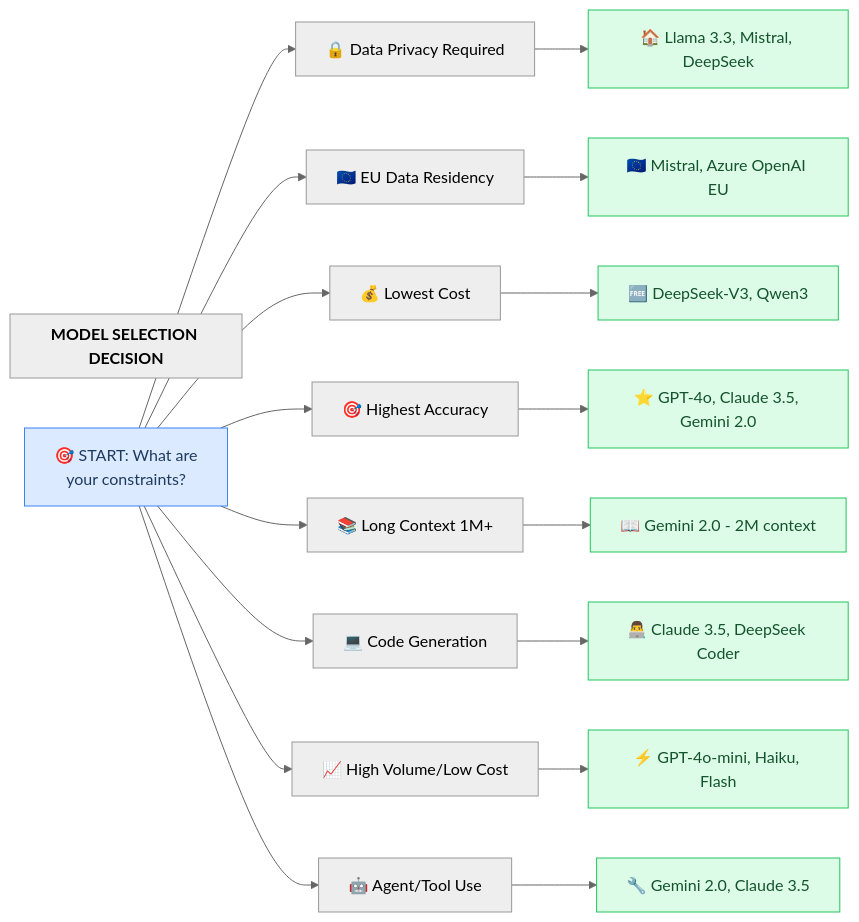
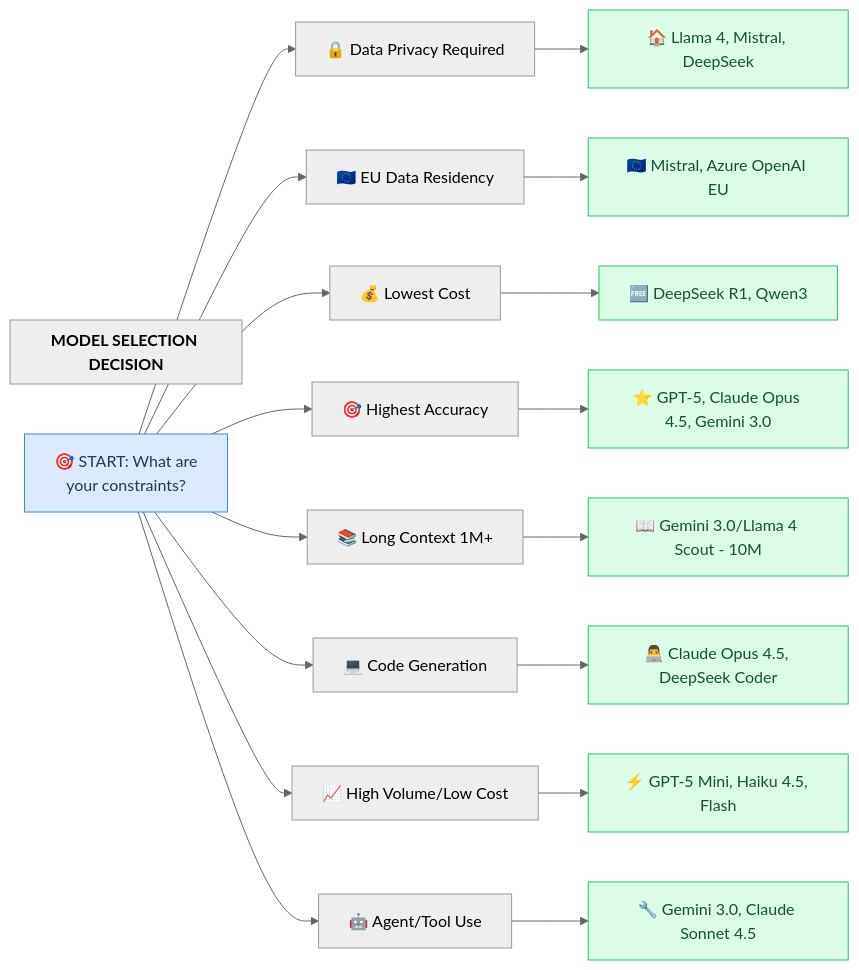
One commit to asq-sheriff/AI-Production-Checklist changed diagram 18 of 18 in docs/TECHNOLOGY-SELECTION-GUIDE.md. Above: the diagram before and after it, drawn with Mermaid (neutral theme). The commit also changed other lines of this file and 5 other files, not shown here.

````diff
--- a/docs/TECHNOLOGY-SELECTION-GUIDE.md
+++ b/docs/TECHNOLOGY-SELECTION-GUIDE.md
@@ -951,36 +951,36 @@
 ```mermaid
 flowchart LR
     subgraph header[<b>MODEL SELECTION DECISION</b>]
         direction LR
     end
 
     Constraints[🎯 START: What are<br/>your constraints?]
 
     Constraints --> Privacy[🔒 Data Privacy Required]
     Constraints --> EU[🇪🇺 EU Data Residency]
     Constraints --> Cost[💰 Lowest Cost]
     Constraints --> Accuracy[🎯 Highest Accuracy]
     Constraints --> Context[📚 Long Context 1M+]
     Constraints --> Code[💻 Code Generation]
     Constraints --> Volume[📈 High Volume/Low Cost]
     Constraints --> Agent[🤖 Agent/Tool Use]
 
-    Privacy --> OnPrem[🏠 Llama 3.3, Mistral, DeepSeek]
+    Privacy --> OnPrem[🏠 Llama 4, Mistral, DeepSeek]
     EU --> EUModels[🇪🇺 Mistral, Azure OpenAI EU]
-    Cost --> OpenSource[🆓 DeepSeek-V3, Qwen3]
-    Accuracy --> TopModels[⭐ GPT-4o, Claude 3.5, Gemini 2.0]
-    Context --> LongCtx[📖 Gemini 2.0 - 2M context]
-    Code --> CodeModels[👨‍💻 Claude 3.5, DeepSeek Coder]
-    Volume --> CheapFast[⚡ GPT-4o-mini, Haiku, Flash]
-    Agent --> AgentModels[🔧 Gemini 2.0, Claude 3.5]
+    Cost --> OpenSource[🆓 DeepSeek R1, Qwen3]
+    Accuracy --> TopModels[⭐ GPT-5, Claude Opus 4.5, Gemini 3.0]
+    Context --> LongCtx[📖 Gemini 3.0/Llama 4 Scout - 10M]
+    Code --> CodeModels[👨‍💻 Claude Opus 4.5, DeepSeek Coder]
+    Volume --> CheapFast[⚡ GPT-5 Mini, Haiku 4.5, Flash]
+    Agent --> AgentModels[🔧 Gemini 3.0, Claude Sonnet 4.5]
 
     style Constraints fill:#dbeafe,stroke:#3b82f6,color:#1e3a5f
     style OnPrem fill:#dcfce7,stroke:#22c55e,color:#14532d
     style EUModels fill:#dcfce7,stroke:#22c55e,color:#14532d
     style OpenSource fill:#dcfce7,stroke:#22c55e,color:#14532d
     style TopModels fill:#dcfce7,stroke:#22c55e,color:#14532d
     style LongCtx fill:#dcfce7,stroke:#22c55e,color:#14532d
     style CodeModels fill:#dcfce7,stroke:#22c55e,color:#14532d
     style CheapFast fill:#dcfce7,stroke:#22c55e,color:#14532d
     style AgentModels fill:#dcfce7,stroke:#22c55e,color:#14532d
 ```
````
